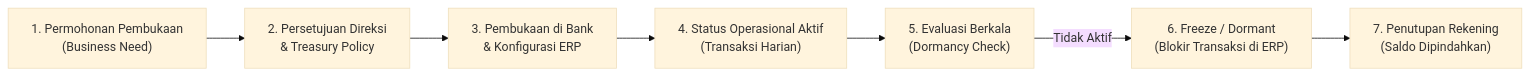
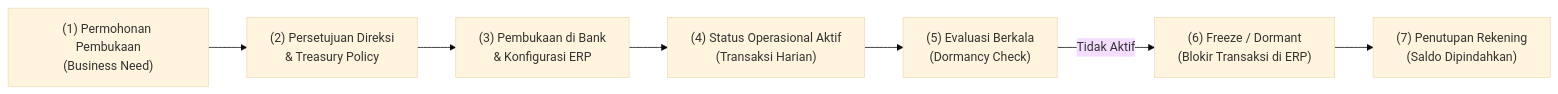
The second of 2 diagrams in content/07-finance/bank-account-management.md (alimurrofid/erp-notes), drawn with Mermaid (base theme) before and after one commit. The commit also changed 132 other files, not shown here.

````diff
--- a/content/07-finance/bank-account-management.md
+++ b/content/07-finance/bank-account-management.md
@@ -42,9 +42,9 @@
 ```mermaid
 flowchart LR
-    Req["1. Permohonan Pembukaan<br/>(Business Need)"] --> Appr["2. Persetujuan Direksi<br/>& Treasury Policy"]
-    Appr --> Open["3. Pembukaan di Bank<br/>& Konfigurasi ERP"]
-    Open --> Active["4. Status Operasional Aktif<br/>(Transaksi Harian)"]
-    Active --> Review["5. Evaluasi Berkala<br/>(Dormancy Check)"]
-    Review -->|Tidak Aktif| Inactive["6. Freeze / Dormant<br/>(Blokir Transaksi di ERP)"]
-    Inactive --> Close["7. Penutupan Rekening<br/>(Saldo Dipindahkan)"]
+    Req["(1) Permohonan Pembukaan<br/>(Business Need)"] --> Appr["(2) Persetujuan Direksi<br/>& Treasury Policy"]
+    Appr --> Open["(3) Pembukaan di Bank<br/>& Konfigurasi ERP"]
+    Open --> Active["(4) Status Operasional Aktif<br/>(Transaksi Harian)"]
+    Active --> Review["(5) Evaluasi Berkala<br/>(Dormancy Check)"]
+    Review -->|Tidak Aktif| Inactive["(6) Freeze / Dormant<br/>(Blokir Transaksi di ERP)"]
+    Inactive --> Close["(7) Penutupan Rekening<br/>(Saldo Dipindahkan)"]
 ```
````
